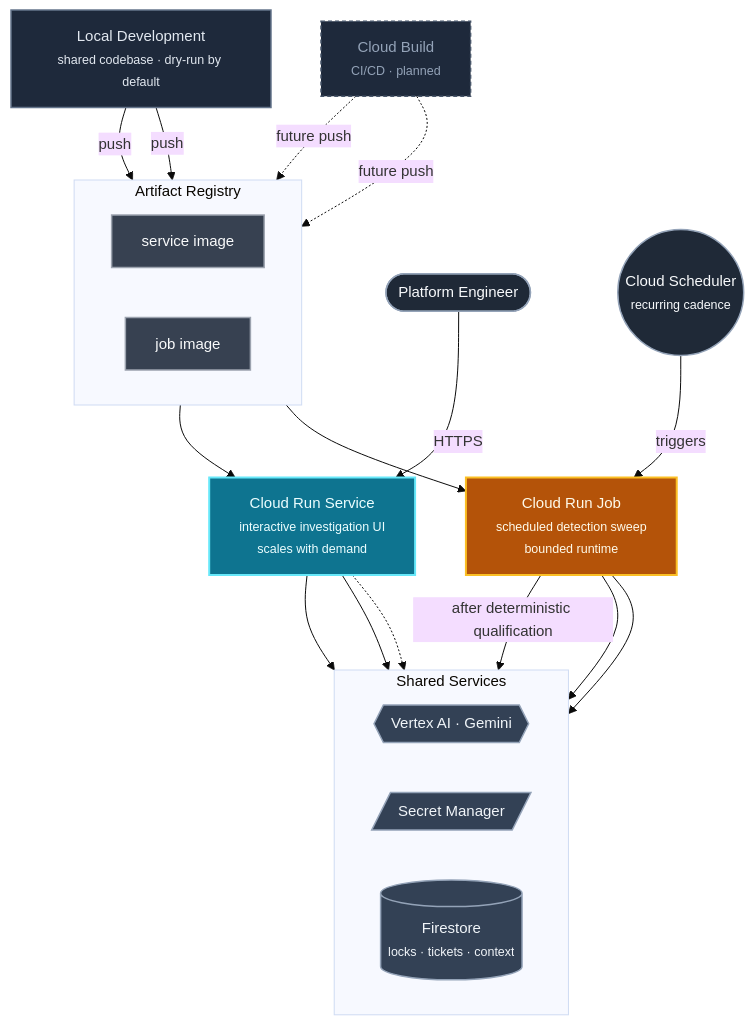
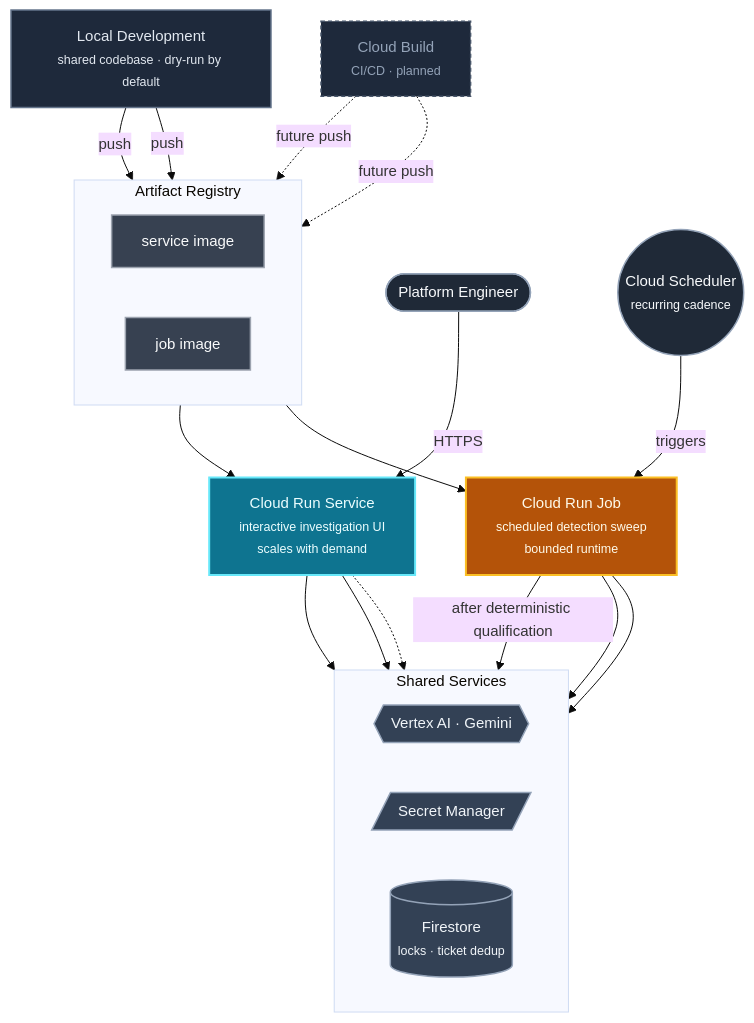
One commit to kkumar-analytics/data-ai-architecture-decisions changed the fourth of 4 diagrams in case-studies/ai-observability-platform.md. Above: the diagram before and after it, drawn with Mermaid. The commit also changed other lines of this file and 2 other files, not shown here.

````diff
--- a/case-studies/ai-observability-platform.md
+++ b/case-studies/ai-observability-platform.md
@@ -160,47 +163,47 @@
 ```mermaid
 %%{init: {"theme": "base", "themeVariables": {"fontSize": "15px"}}}%%
 flowchart TB
     classDef dev fill:#1e293b,stroke:#64748b,color:#e2e8f0,stroke-width:1.5px
     classDef ci fill:#374151,stroke:#9ca3af,color:#f9fafb,stroke-width:1.5px
     classDef planned fill:#1e293b,stroke:#475569,color:#94a3b8,stroke-width:1.5px,stroke-dasharray: 4 3
     classDef svc fill:#0e7490,stroke:#67e8f9,color:#ecfeff,stroke-width:2px
     classDef job fill:#b45309,stroke:#fbbf24,color:#fffbeb,stroke-width:2px
     classDef shared fill:#334155,stroke:#94a3b8,color:#f1f5f9,stroke-width:1.5px
     classDef actor fill:#1f2937,stroke:#94a3b8,color:#f8fafc,stroke-width:1.5px
 
     Dev["Local Development<br/><small>shared codebase · dry-run by default</small>"]:::dev
     CloudBuild["Cloud Build<br/><small>CI/CD · planned</small>"]:::planned
 
     subgraph Registry["Artifact Registry"]
         direction LR
         ImgSvc["service image"]:::ci
         ImgJob["job image"]:::ci
     end
     Dev -->|"push"| ImgSvc
     Dev -->|"push"| ImgJob
     CloudBuild -.->|"future push"| ImgSvc
     CloudBuild -.->|"future push"| ImgJob
 
     Engineer(["Platform Engineer"]):::actor
     Sched(("Cloud Scheduler<br/><small>recurring cadence</small>")):::actor
 
     ImgSvc --> Service["Cloud Run Service<br/><small>interactive investigation UI<br/>scales with demand</small>"]:::svc
     ImgJob --> Job["Cloud Run Job<br/><small>scheduled detection sweep<br/>bounded runtime</small>"]:::job
 
     Engineer -->|"HTTPS"| Service
     Sched -->|"triggers"| Job
 
     subgraph Shared["Shared Services"]
         direction LR
         LLM{{"Vertex AI · Gemini"}}:::shared
         Secrets[/"Secret Manager"/]:::shared
-        Docs[("Firestore<br/><small>locks · tickets · context</small>")]:::shared
+        Docs[("Firestore<br/><small>locks · ticket dedup</small>")]:::shared
     end
 
     Service --> LLM
     Job -->|"after deterministic qualification"| LLM
     Service --> Secrets
     Job --> Secrets
     Job --> Docs
     Service -.-> Docs
 ```
````
